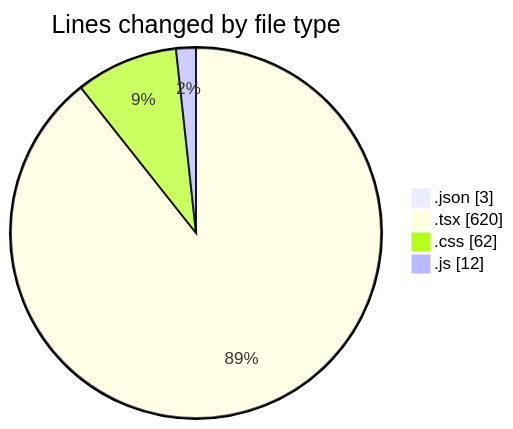
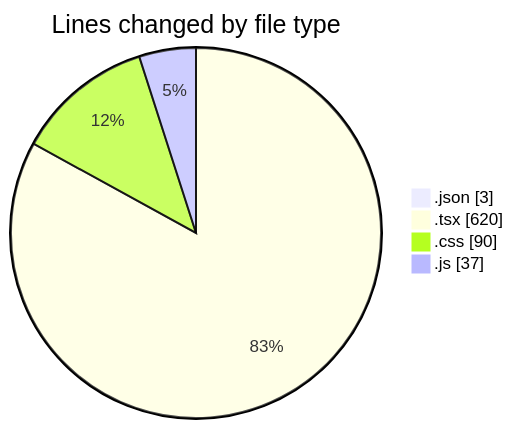
Before and after one commit to Elitesun/code-tracking: the first of 2 diagrams in 2025-04-23/invest/README.md, drawn with Mermaid. The commit also changed other lines of this file and 1 other file, not shown here.

````diff
--- a/2025-04-23/invest/README.md
+++ b/2025-04-23/invest/README.md
@@ -31,8 +31,8 @@
 ```mermaid
 pie showData
 title Lines changed by file type
 ".json" : 3
 ".tsx" : 620
-".css" : 62
-".js" : 12
+".css" : 90
+".js" : 37
 ```
````
